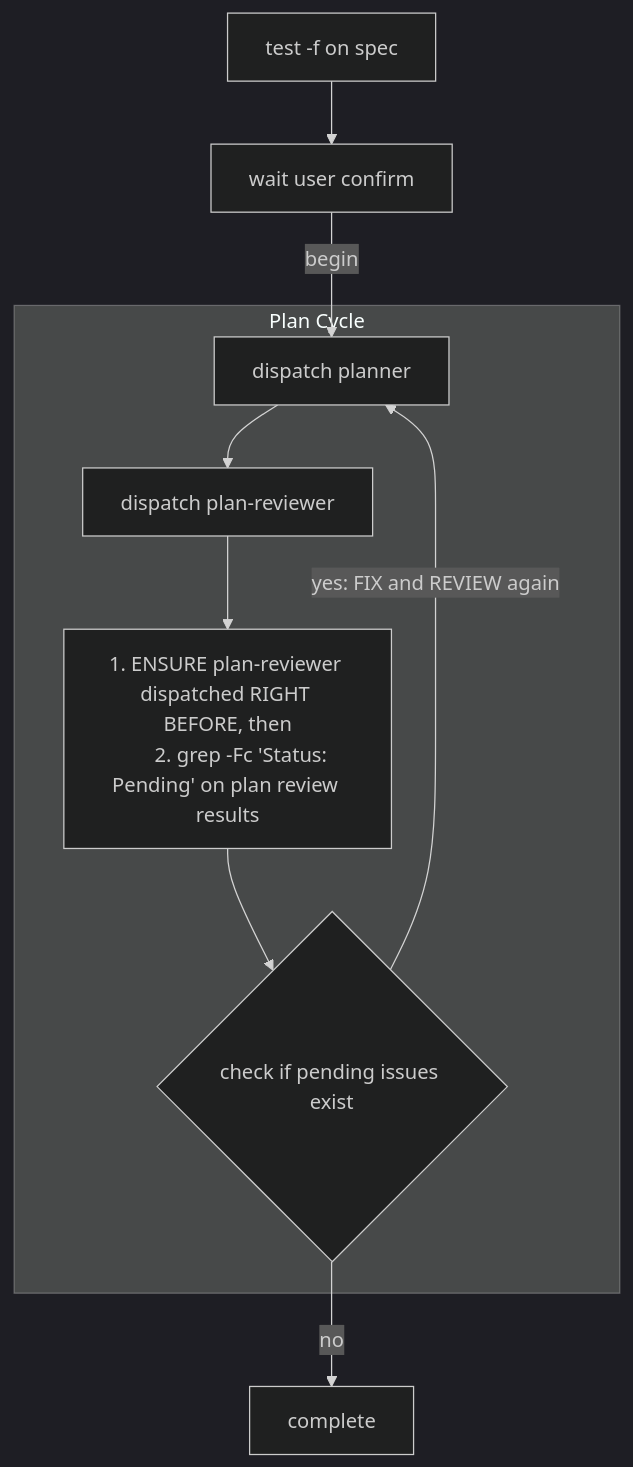
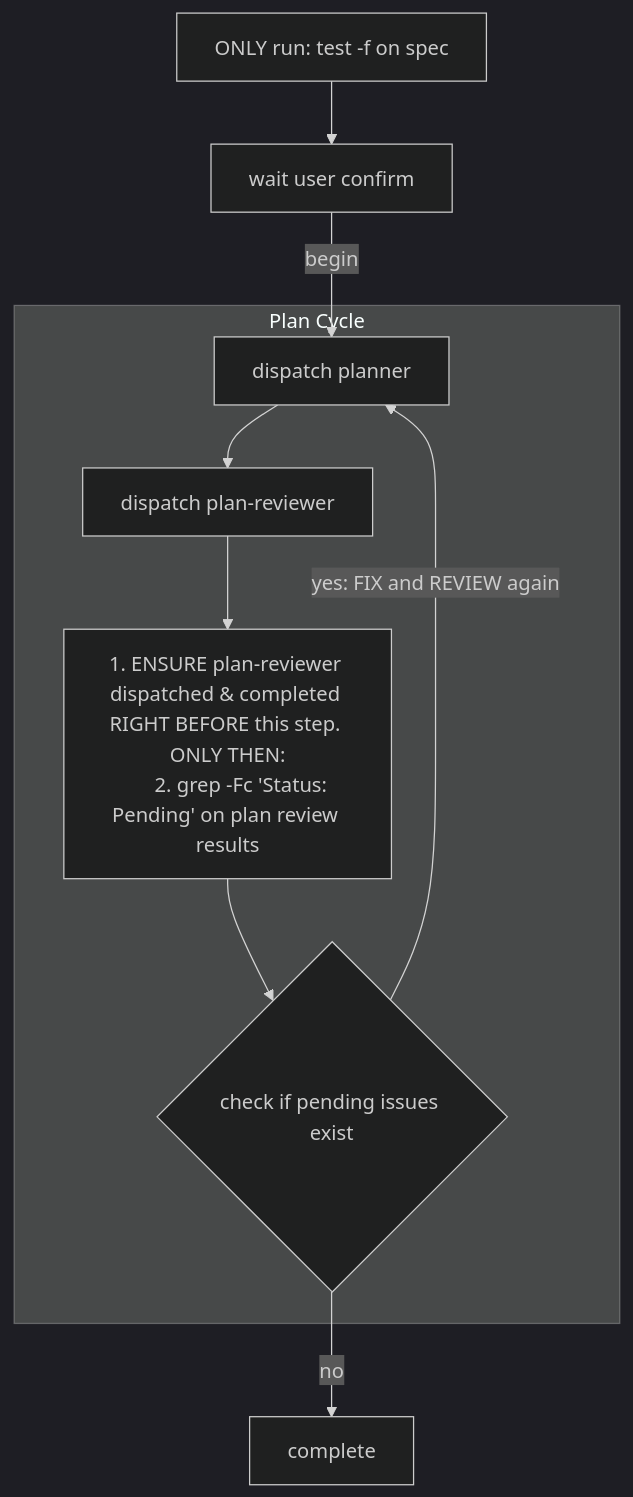
One commit to abadcafe/superteam changed the diagram in skills/planning/SKILL.md. Above: the diagram before and after it, drawn with Mermaid (dark theme). The commit also changed 5 other files, not shown here.

````diff
--- a/skills/planning/SKILL.md
+++ b/skills/planning/SKILL.md
@@ -41,25 +41,25 @@
 ```mermaid
 flowchart TD
-  check_spec_exists["test -f on spec"]
+  check_spec_exists["ONLY run: test -f on spec"]
   wait_user_confirm["wait user confirm"]
   complete["complete"]
 
   subgraph plan_cycle["Plan Cycle"]
     dispatch_planner["dispatch planner"]
     dispatch_plan_reviewer["dispatch plan-reviewer"]
     count_pending_issues["
-      1. ENSURE plan-reviewer dispatched RIGHT BEFORE, then
+      1. ENSURE plan-reviewer dispatched & completed RIGHT BEFORE this step. ONLY THEN:
       2. grep -Fc 'Status: Pending' on plan review results
     "]
     check_pending_issues_exist{"check if pending issues exist"}
 
     dispatch_planner --> dispatch_plan_reviewer
     dispatch_plan_reviewer --> count_pending_issues
     count_pending_issues --> check_pending_issues_exist
     check_pending_issues_exist -->|"yes: FIX and REVIEW again"| dispatch_planner
   end
 
   check_spec_exists --> wait_user_confirm
   wait_user_confirm -->|"begin"| dispatch_planner
   check_pending_issues_exist -->|"no"| complete
 ```
````
